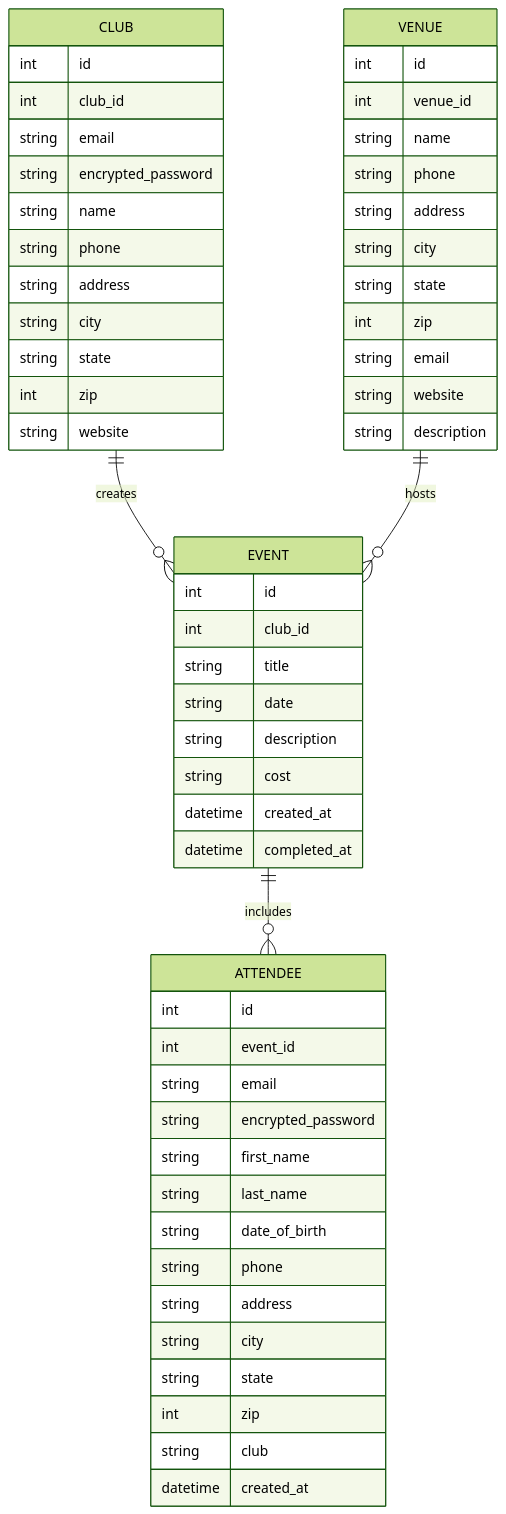
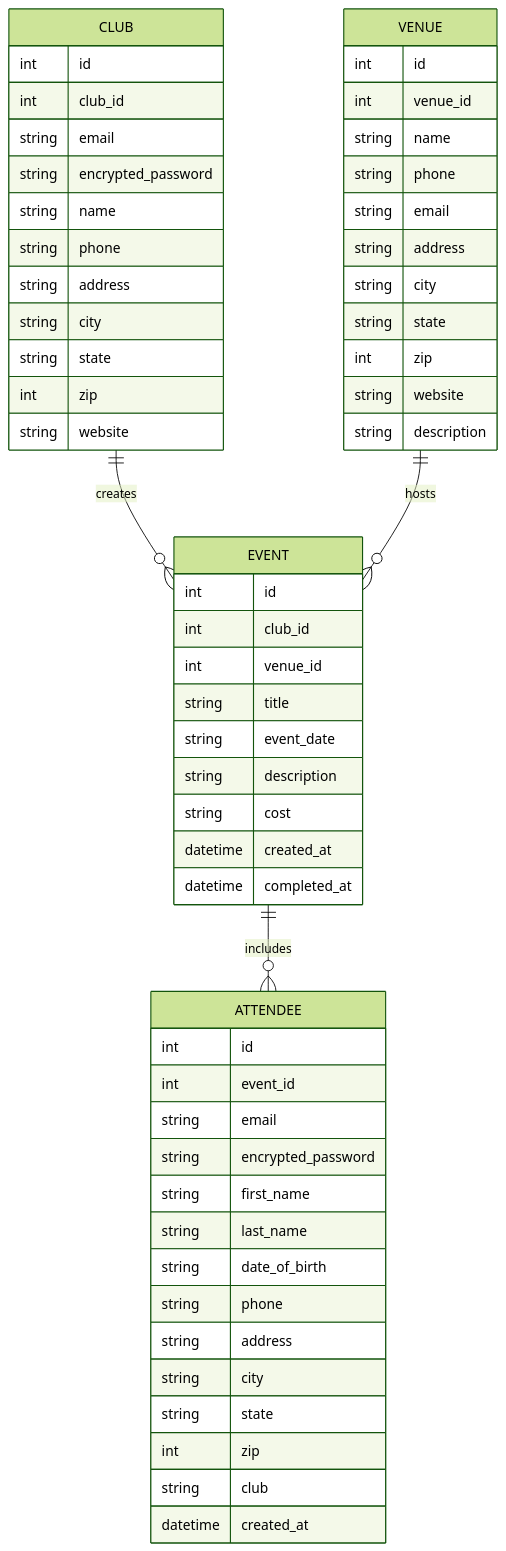
One commit to wildintu/scene changed the second of 2 diagrams in README.md. Above: the diagram before and after it, drawn with Mermaid (forest theme).

Commit message:
Update ERD again

````diff
--- a/README.md
+++ b/README.md
@@ -13,58 +13,59 @@
 ```mermaid
     erDiagram
         CLUB ||--o{ EVENT : creates
         CLUB {
             int id
             int club_id
             string email
             string encrypted_password
             string name
             string phone
             string address
             string city
             string state
             int    zip
             string website
         }
         VENUE ||--o{ EVENT : hosts
         VENUE {
             int id
             int venue_id
             string name
             string phone
+            string email
             string address
             string city
             string state
             int    zip
-            string email
             string website
             string description
         }
         EVENT ||--o{ ATTENDEE : includes
         EVENT {
             int id
             int club_id
+            int venue_id
             string title
-            string date
+            string event_date
             string description
             string cost
             datetime created_at
             datetime completed_at
         }
         ATTENDEE {
             int id
             int event_id
             string email
             string encrypted_password
             string first_name
             string last_name
             string date_of_birth
             string phone
             string address
             string city
             string state
             int    zip
             string club
             datetime created_at
         }
 ```
````
